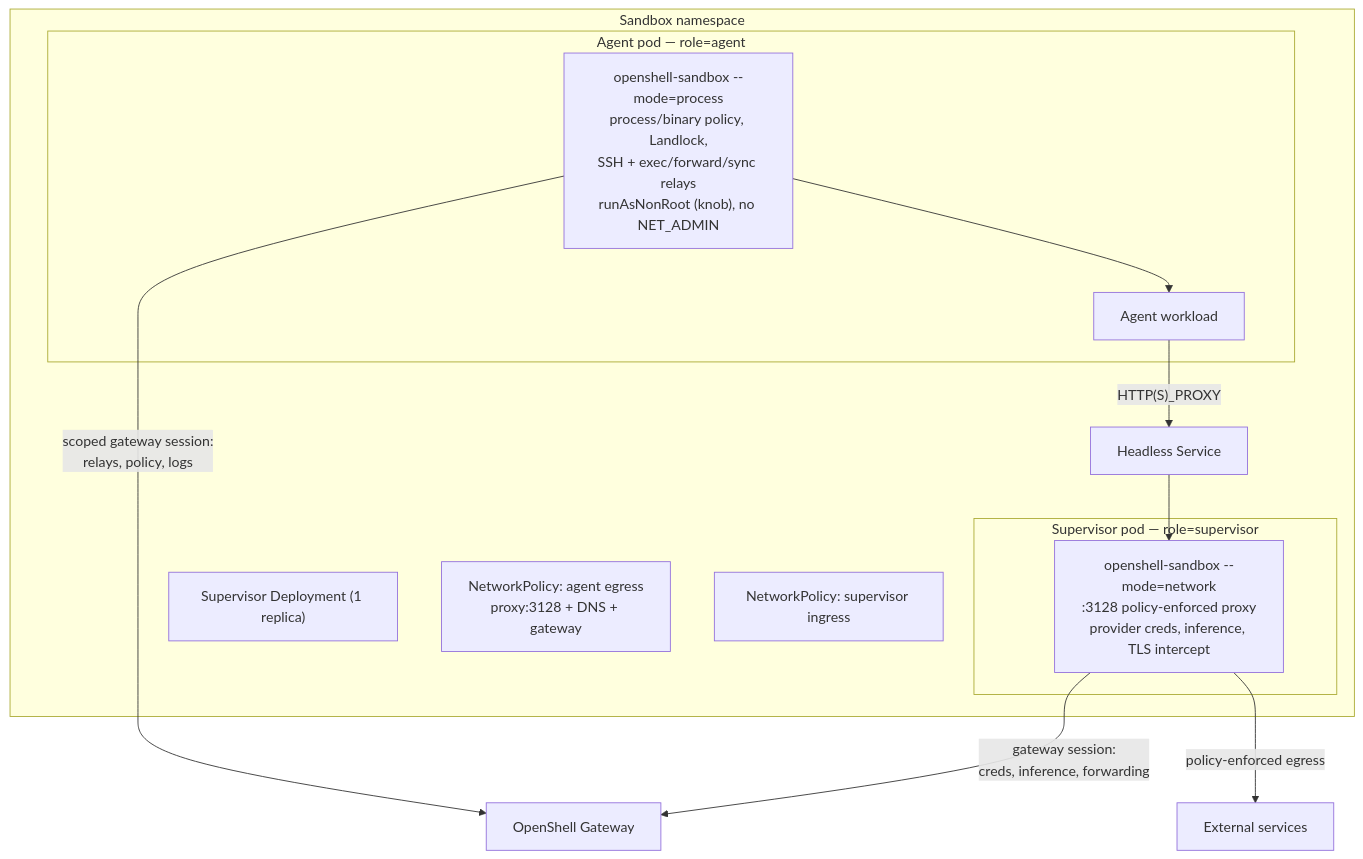
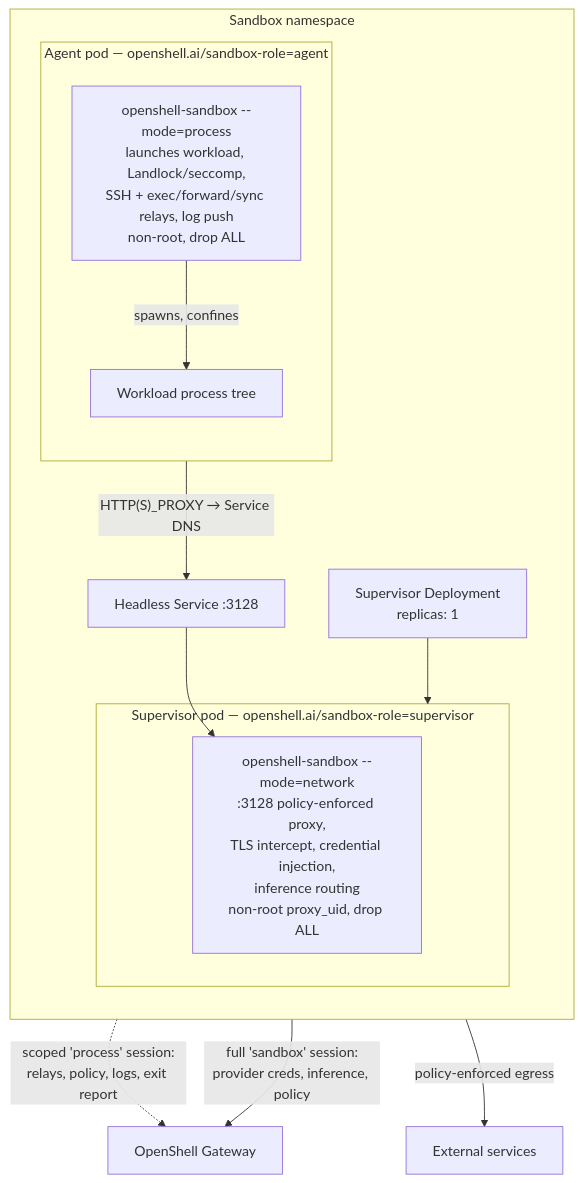
The first of 5 diagrams in rfc/proxy-pod-topology-DRAFT.md (NVIDIA/OpenShell), drawn with Mermaid before and after one commit. The commit also changed other lines of this file, not shown here.

First line of the commit message:
docs(rfc): align proxy-pod RFC with implementation and add diagrams

````diff
--- a/rfc/proxy-pod-topology-DRAFT.md
+++ b/rfc/proxy-pod-topology-DRAFT.md
@@ -147,24 +141,29 @@
 ```mermaid
 flowchart TB
-  subgraph Namespace["Sandbox namespace"]
-    subgraph AgentPod["Agent pod — role=agent"]
-      Proc["openshell-sandbox --mode=process<br/>process/binary policy, Landlock,<br/>SSH + exec/forward/sync relays<br/>runAsNonRoot (knob), no NET_ADMIN"]
-      Workload["Agent workload"]
+  subgraph NS["Sandbox namespace"]
+    direction TB
+    subgraph AgentPod["Agent pod — openshell.ai/sandbox-role=agent"]
+      direction TB
+      Proc["openshell-sandbox --mode=process<br/>launches workload, Landlock/seccomp,<br/>SSH + exec/forward/sync relays, log push<br/>non-root, drop ALL"]
+      Workload["Workload process tree"]
+      Proc -->|"spawns, confines"| Workload
     end
-    Deployment["Supervisor Deployment (1 replica)"]
-    subgraph SupervisorPod["Supervisor pod — role=supervisor"]
-      Proxy["openshell-sandbox --mode=network<br/>:3128 policy-enforced proxy<br/>provider creds, inference, TLS intercept"]
+
+    Dep["Supervisor Deployment<br/>replicas: 1"]
+    subgraph SupPod["Supervisor pod — openshell.ai/sandbox-role=supervisor"]
+      Proxy["openshell-sandbox --mode=network<br/>:3128 policy-enforced proxy,<br/>TLS intercept, credential injection,<br/>inference routing<br/>non-root proxy_uid, drop ALL"]
     end
-    Service["Headless Service"]
-    EgressNP["NetworkPolicy: agent egress<br/>proxy:3128 + DNS + gateway"]
-    IngressNP["NetworkPolicy: supervisor ingress"]
+    Svc["Headless Service :3128"]
+
+    Dep --> SupPod
+    Svc --> Proxy
   end
-  Gateway["OpenShell Gateway"]
-  External["External services"]
 
-  Proc --> Workload
-  Proc -->|"scoped gateway session:<br/>relays, policy, logs"| Gateway
-  Workload -->|"HTTP(S)_PROXY"| Service --> Proxy
-  Proxy -->|"gateway session:<br/>creds, inference, forwarding"| Gateway
-  Proxy -->|"policy-enforced egress"| External
+  GW["OpenShell Gateway"]
+  Net["External services"]
+
+  Workload -->|"HTTP(S)_PROXY → Service DNS"| Svc
+  Proc -.->|"scoped 'process' session:<br/>relays, policy, logs, exit report"| GW
+  Proxy -->|"full 'sandbox' session:<br/>provider creds, inference, policy"| GW
+  Proxy -->|"policy-enforced egress"| Net
 ```
````
